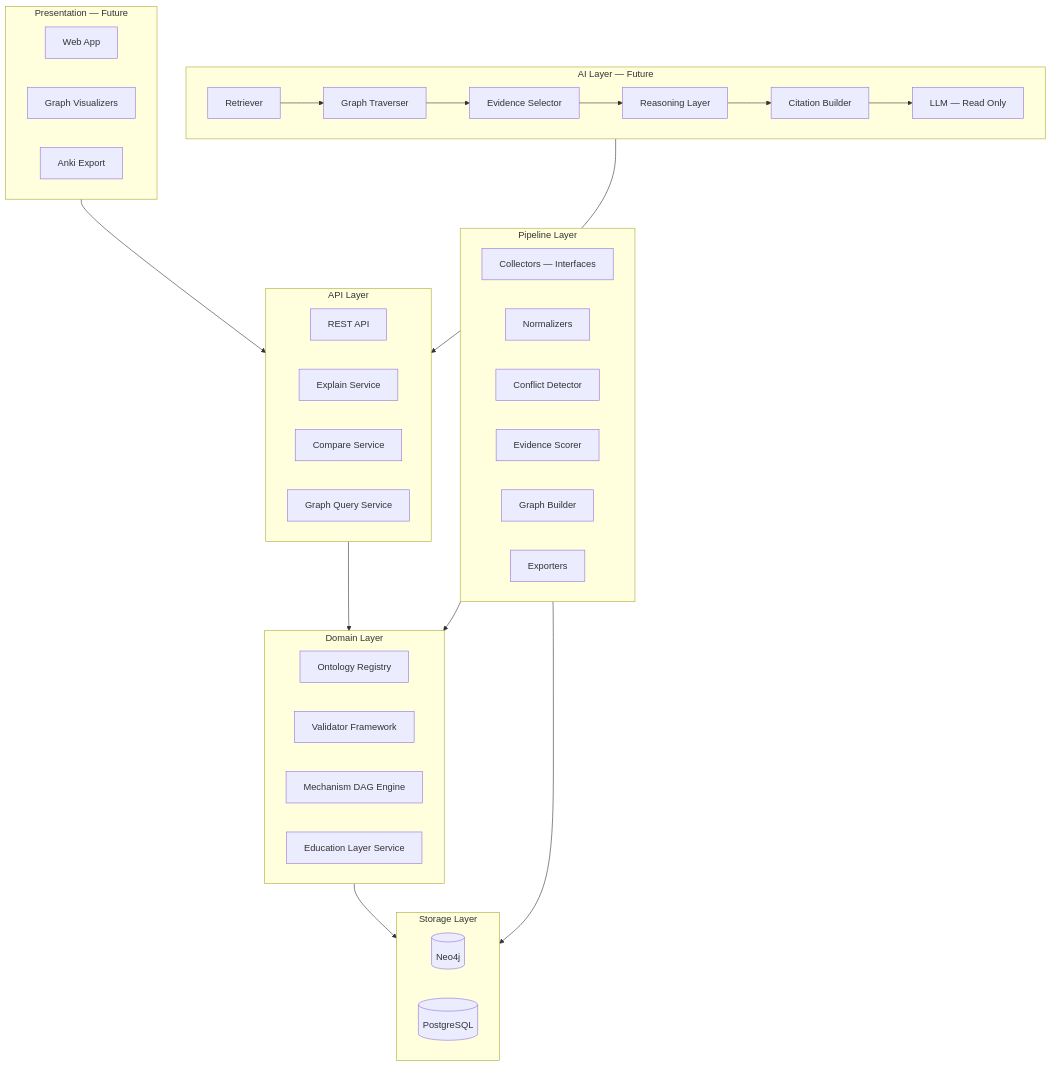
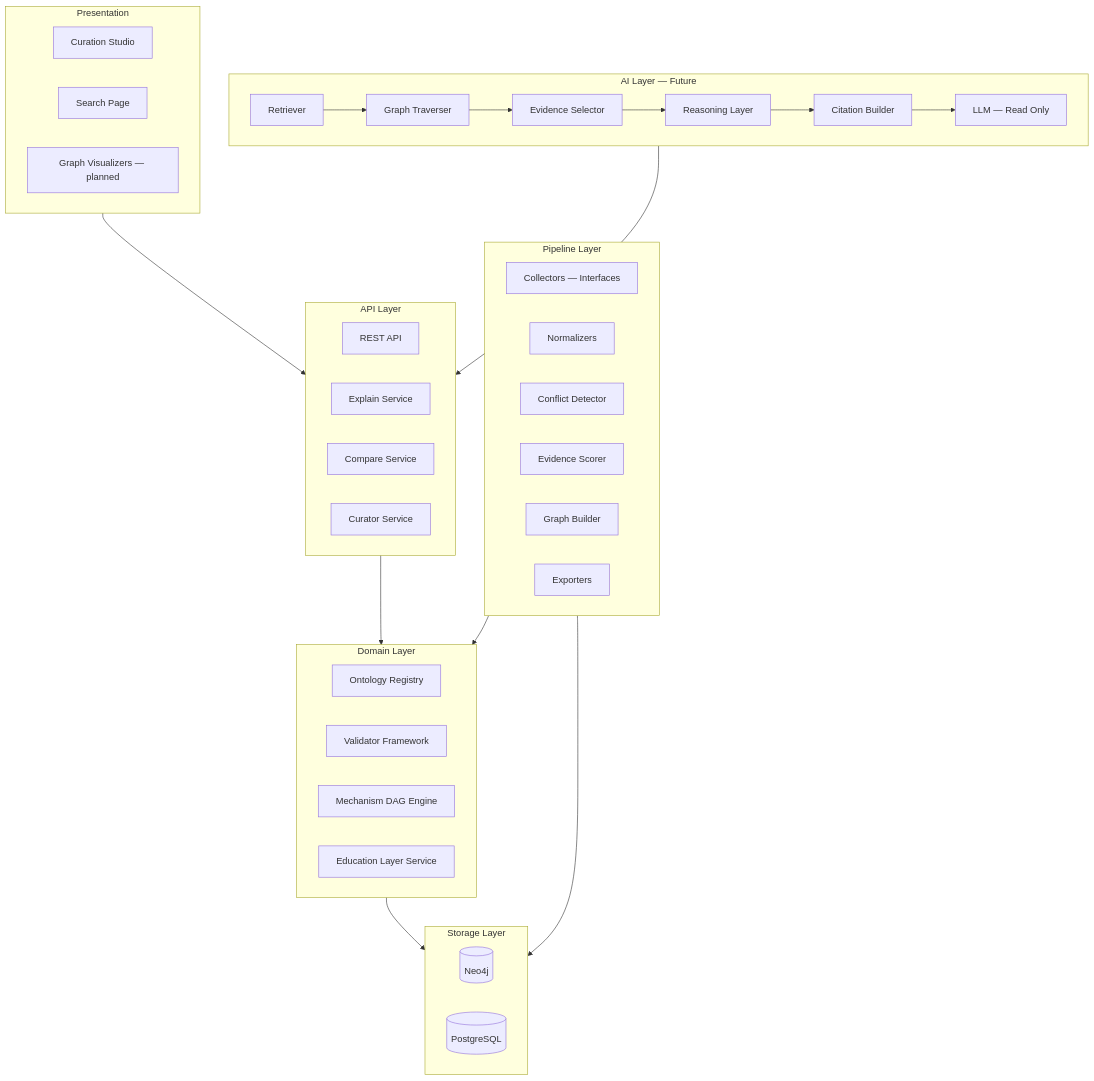
One commit to drFurkanGuven/FarmacoGraph changed the third of 11 diagrams in docs/architecture.md. Above: the diagram before and after it, drawn with Mermaid. The commit also changed other lines of this file and 204 other files, not shown here.

First line of the commit message:
Deliver end-to-end curation vertical slice for Studio.

````diff
--- a/docs/architecture.md
+++ b/docs/architecture.md
@@ -177,53 +179,53 @@
 ```mermaid
 flowchart TB
-    subgraph presentation [Presentation — Future]
-        WEB[Web App]
-        VIZ[Graph Visualizers]
-        ANKI[Anki Export]
+    subgraph presentation [Presentation]
+        STUDIO[Curation Studio]
+        SEARCH[Search Page]
+        VIZ[Graph Visualizers — planned]
     end
 
     subgraph api [API Layer]
         REST[REST API]
         EXPLAIN[Explain Service]
         COMPARE[Compare Service]
-        GRAPH[Graph Query Service]
+        CURATOR[Curator Service]
     end
 
     subgraph ai [AI Layer — Future]
         RET[Retriever]
         TRAV[Graph Traverser]
         EVID[Evidence Selector]
         REASON[Reasoning Layer]
         CITE[Citation Builder]
         LLM[LLM — Read Only]
     end
 
     subgraph domain [Domain Layer]
         ONTO[Ontology Registry]
         VAL[Validator Framework]
         MECH[Mechanism DAG Engine]
         EDU[Education Layer Service]
     end
 
     subgraph pipeline [Pipeline Layer]
         COLL[Collectors — Interfaces]
         NORM[Normalizers]
         CONF[Conflict Detector]
         SCORE[Evidence Scorer]
         BUILD[Graph Builder]
         EXP[Exporters]
     end
 
     subgraph storage [Storage Layer]
         NEO[(Neo4j)]
         PG[(PostgreSQL)]
     end
 
     presentation --> api
     api --> domain
     ai --> api
     RET --> TRAV --> EVID --> REASON --> CITE --> LLM
     domain --> storage
     pipeline --> domain
     pipeline --> storage
 ```
````
